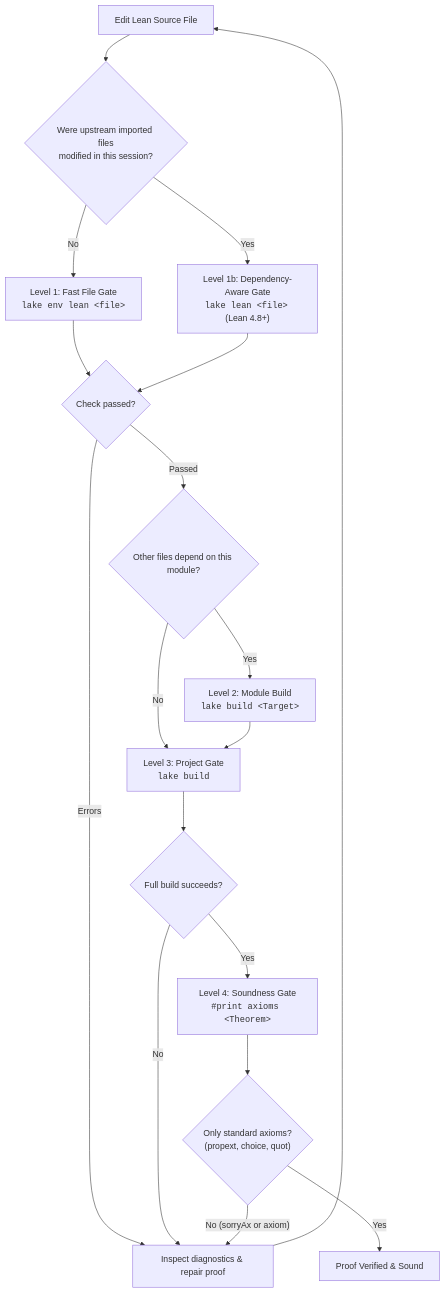
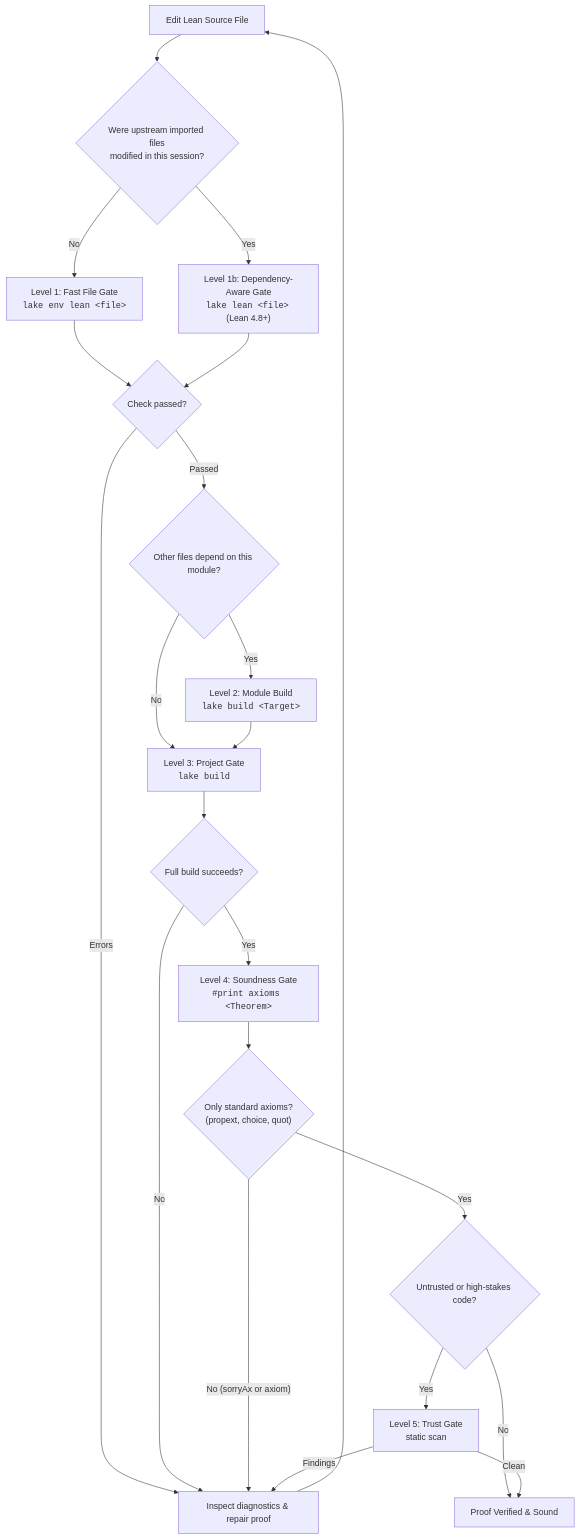
Before and after one commit to MI-1222/lean4-skills: the diagram in skills/lean4-cli/SKILL.md, drawn with Mermaid. The commit also changed other lines of this file and 4 other files, not shown here.

````diff
--- a/skills/lean4-cli/SKILL.md
+++ b/skills/lean4-cli/SKILL.md
@@ -115,20 +117,24 @@
 ```mermaid
 graph TD
     A["Edit Lean Source File"] --> B{"Were upstream imported files<br/>modified in this session?"}
     B -- "No" --> C["Level 1: Fast File Gate<br/><code>lake env lean &lt;file&gt;</code>"]
     B -- "Yes" --> D["Level 1b: Dependency-Aware Gate<br/><code>lake lean &lt;file&gt;</code> (Lean 4.8+)"]
     C --> E{"Check passed?"}
     D --> E
     E -- "Errors" --> F["Inspect diagnostics & repair proof"]
     F --> A
     E -- "Passed" --> G{"Other files depend on this module?"}
     G -- "Yes" --> H["Level 2: Module Build<br/><code>lake build &lt;Target&gt;</code>"]
     G -- "No" --> I["Level 3: Project Gate<br/><code>lake build</code>"]
     H --> I
     I --> J{"Full build succeeds?"}
     J -- "No" --> F
     J -- "Yes" --> K["Level 4: Soundness Gate<br/><code>#print axioms &lt;Theorem&gt;</code>"]
     K --> L{"Only standard axioms?<br/>(propext, choice, quot)"}
     L -- "No (sorryAx or axiom)" --> F
-    L -- "Yes" --> M["Proof Verified & Sound"]
+    L -- "Yes" --> N{"Untrusted or high-stakes code?"}
+    N -- "No" --> M["Proof Verified & Sound"]
+    N -- "Yes" --> O["Level 5: Trust Gate<br/>static scan"]
+    O -- "Findings" --> F
+    O -- "Clean" --> M
 ```
````
